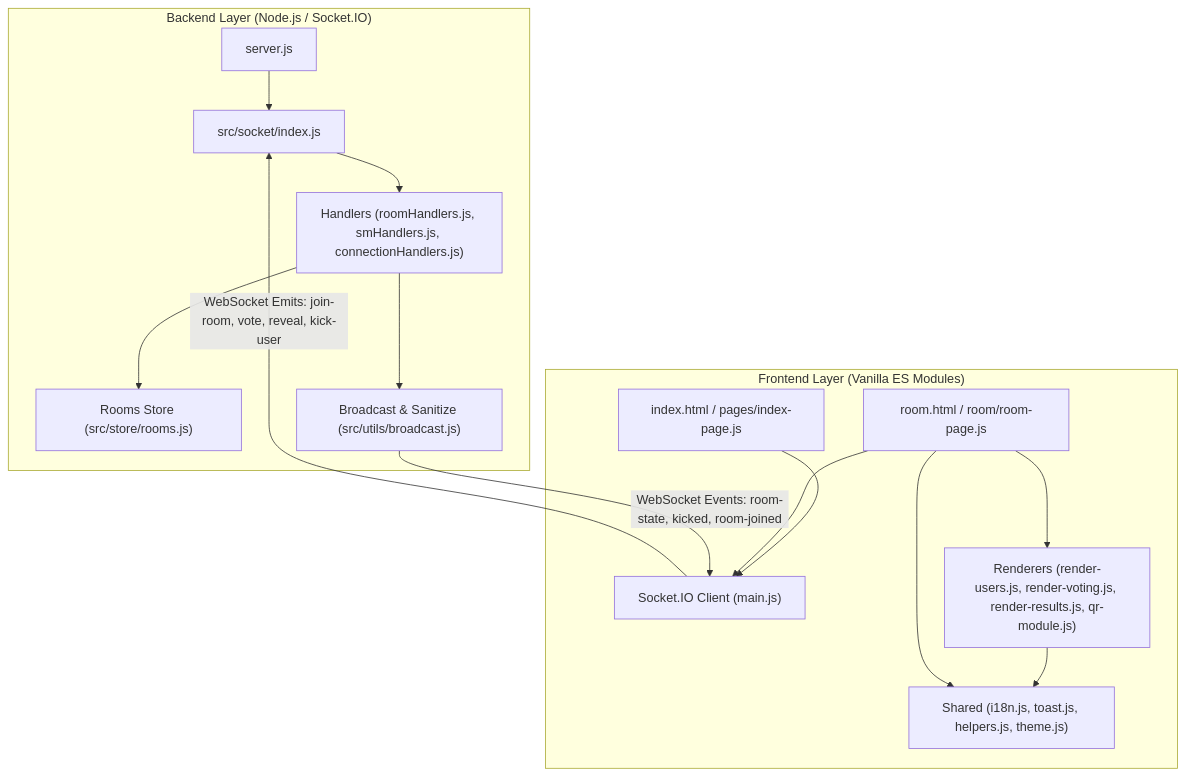
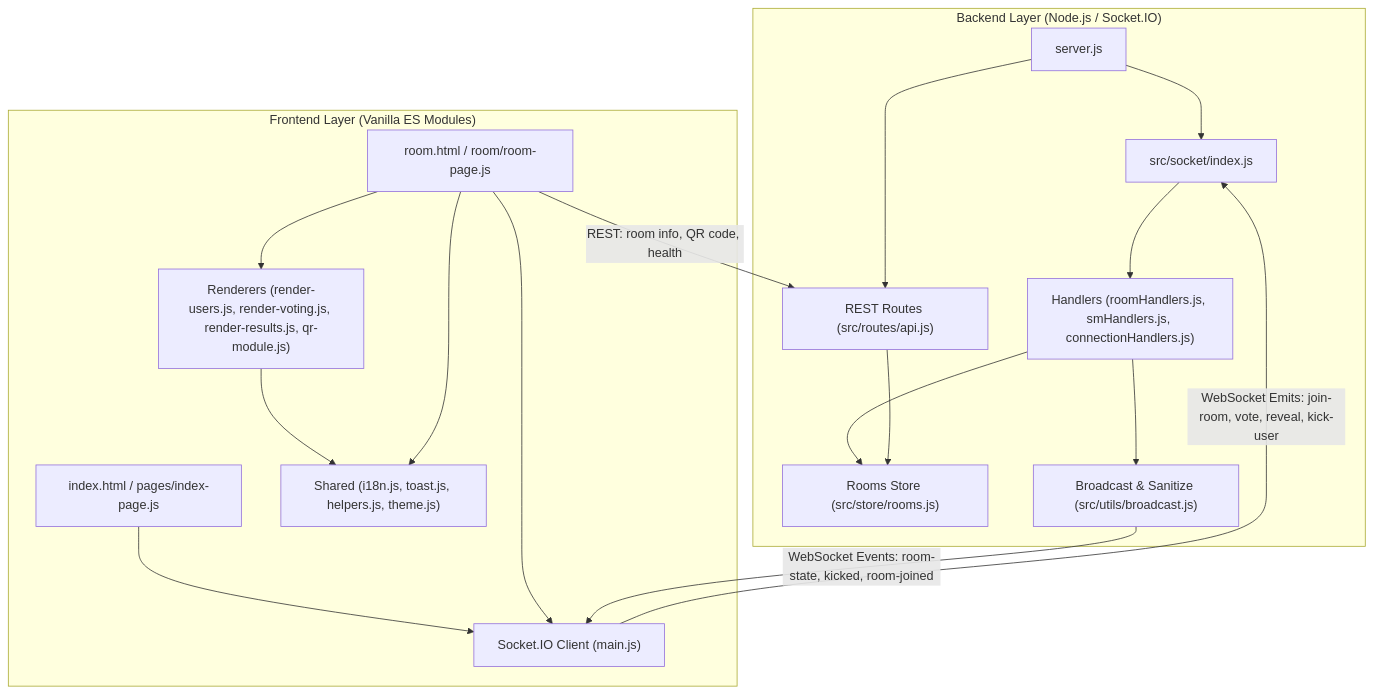
One commit to Stuxles/scrum-tools changed the diagram in docs/wiki/file-structure.md. Above: the diagram before and after it, drawn with Mermaid. The commit also changed 3 other files, not shown here.

First line of the commit message:
docs: fix diagram inaccuracies across the wiki

````diff
--- a/docs/wiki/file-structure.md
+++ b/docs/wiki/file-structure.md
@@ -70,19 +70,22 @@
 ```mermaid
 graph TD
     subgraph Server["Backend Layer (Node.js / Socket.IO)"]
         S_Entry["server.js"] --> S_Socket["src/socket/index.js"]
+        S_Entry --> S_Rest["REST Routes (src/routes/api.js)"]
         S_Socket --> S_Handlers["Handlers (roomHandlers.js, smHandlers.js, connectionHandlers.js)"]
         S_Handlers --> S_Store["Rooms Store (src/store/rooms.js)"]
+        S_Rest --> S_Store
         S_Handlers --> S_Broadcast["Broadcast & Sanitize (src/utils/broadcast.js)"]
     end
 
     subgraph Client["Frontend Layer (Vanilla ES Modules)"]
         C_Index["index.html / pages/index-page.js"] --> C_SocketClient["Socket.IO Client (main.js)"]
         C_Room["room.html / room/room-page.js"] --> C_SocketClient
         C_Room --> C_Renderers["Renderers (render-users.js, render-voting.js, render-results.js, qr-module.js)"]
         C_Renderers & C_Room --> C_Utils["Shared (i18n.js, toast.js, helpers.js, theme.js)"]
     end
 
     S_Broadcast -->|"WebSocket Events: room-state, kicked, room-joined"| C_SocketClient
     C_SocketClient -->|"WebSocket Emits: join-room, vote, reveal, kick-user"| S_Socket
+    C_Room -->|"REST: room info, QR code, health"| S_Rest
 ```
````
